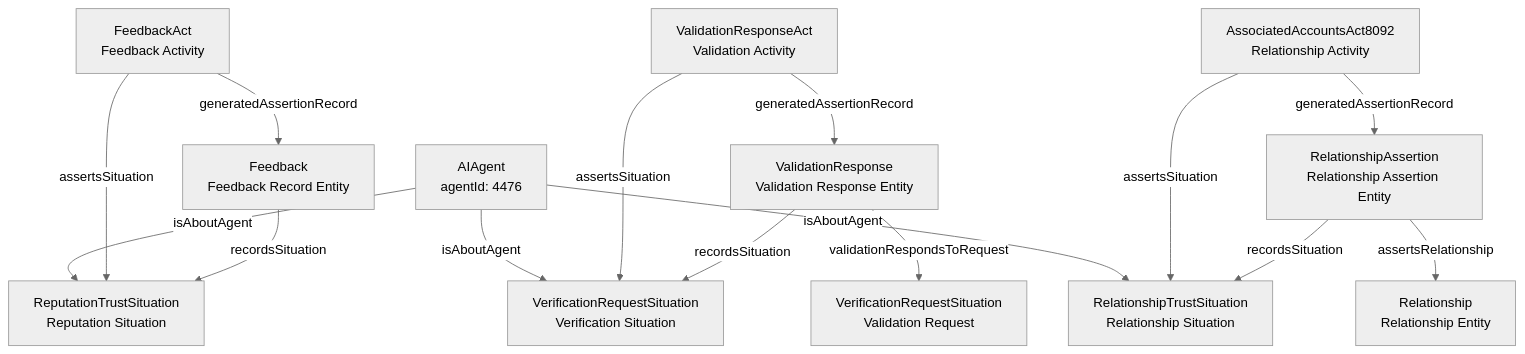
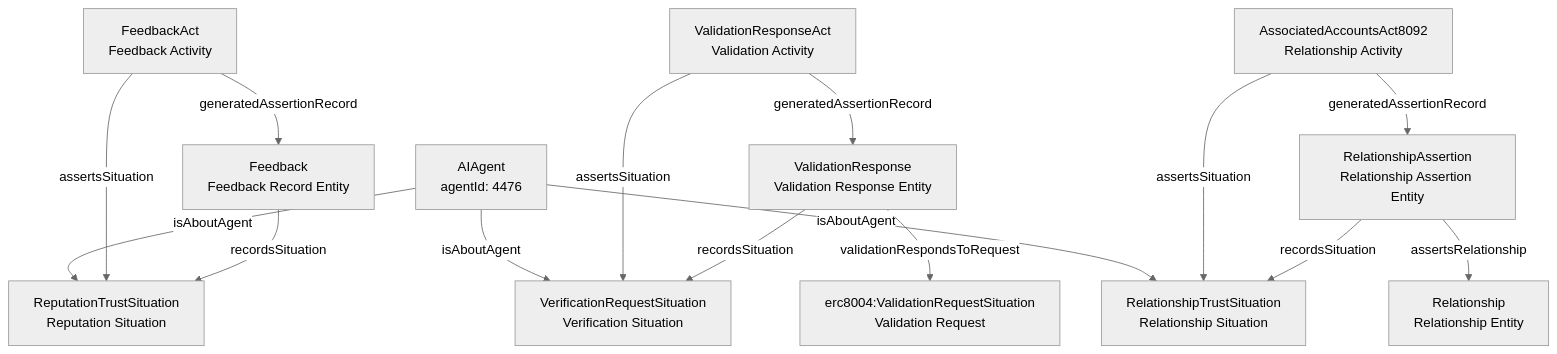
One commit to Agentic-Trust-Layer/agent-explorer changed the second of 3 diagrams in docs/ontology/agent-4476.md. Above: the diagram before and after it, drawn with Mermaid (neutral theme). The commit also changed other lines of this file and 11 other files, not shown here.

````diff
--- a/docs/ontology/agent-4476.md
+++ b/docs/ontology/agent-4476.md
@@ -547,37 +547,37 @@
 ```mermaid
 graph TB
     Agent["AIAgent<br/>agentId: 4476"]
     
     RepSituation["ReputationTrustSituation<br/>Reputation Situation"]
     VerifSituation["VerificationRequestSituation<br/>Verification Situation"]
     RelSituation["RelationshipTrustSituation<br/>Relationship Situation"]
     
     FeedbackRecord["Feedback<br/>Feedback Record Entity"]
     FeedbackAct["FeedbackAct<br/>Feedback Activity"]
     
-    ValidationRequest["VerificationRequestSituation<br/>Validation Request"]
+    ValidationRequest["erc8004:ValidationRequestSituation<br/>Validation Request"]
     ValidationResponse["ValidationResponse<br/>Validation Response Entity"]
     ValidationAct["ValidationResponseAct<br/>Validation Activity"]
     
     Relationship["Relationship<br/>Relationship Entity"]
     RelAssertion["RelationshipAssertion<br/>Relationship Assertion Entity"]
     RelAct["AssociatedAccountsAct8092<br/>Relationship Activity"]
     
     Agent -->|isAboutAgent| RepSituation
     Agent -->|isAboutAgent| VerifSituation
     Agent -->|isAboutAgent| RelSituation
     
     FeedbackAct -->|assertsSituation| RepSituation
     FeedbackAct -->|generatedAssertionRecord| FeedbackRecord
     FeedbackRecord -->|recordsSituation| RepSituation
     
     ValidationAct -->|assertsSituation| VerifSituation
     ValidationAct -->|generatedAssertionRecord| ValidationResponse
     ValidationResponse -->|recordsSituation| VerifSituation
     ValidationResponse -->|validationRespondsToRequest| ValidationRequest
     
     RelAct -->|assertsSituation| RelSituation
     RelAct -->|generatedAssertionRecord| RelAssertion
     RelAssertion -->|recordsSituation| RelSituation
     RelAssertion -->|assertsRelationship| Relationship
 ```
````
